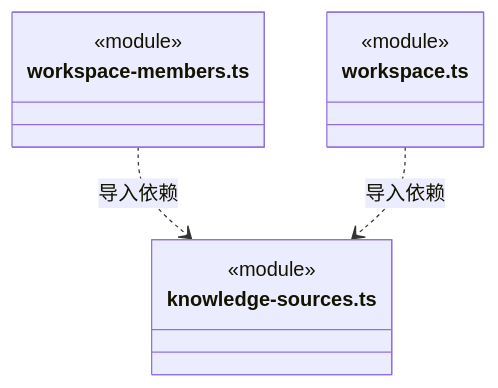
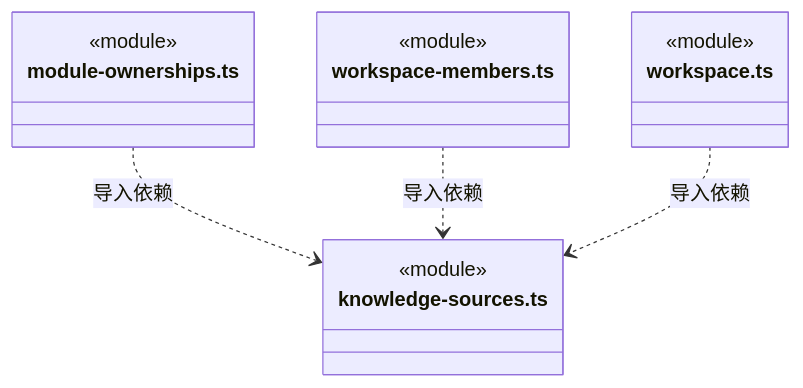
Diagram 21 of 22 in src/backend/main/workspace/ARCHITECTURE.md (nan023062/cbim), drawn with Mermaid before and after one commit. The commit also changed other lines of this file and 62 other files, not shown here.

````diff
--- a/src/backend/main/workspace/ARCHITECTURE.md
+++ b/src/backend/main/workspace/ARCHITECTURE.md
@@ -481,14 +494,18 @@
 ```mermaid
 classDiagram
-class N_src_backend_main_workspace_workspace_members_ts["workspace-members.ts"] {
+class N_src_backend_main_workspace_module_ownerships_ts["module-ownerships.ts"] {
   <<module>>
 }
 class N_src_backend_main_workspace_knowledge_sources_ts["knowledge-sources.ts"] {
   <<module>>
 }
+class N_src_backend_main_workspace_workspace_members_ts["workspace-members.ts"] {
+  <<module>>
+}
 class N_src_backend_main_workspace_workspace_ts["workspace.ts"] {
   <<module>>
 }
+N_src_backend_main_workspace_module_ownerships_ts ..> N_src_backend_main_workspace_knowledge_sources_ts : 导入依赖
 N_src_backend_main_workspace_workspace_members_ts ..> N_src_backend_main_workspace_knowledge_sources_ts : 导入依赖
 N_src_backend_main_workspace_workspace_ts ..> N_src_backend_main_workspace_knowledge_sources_ts : 导入依赖
 ```
````
